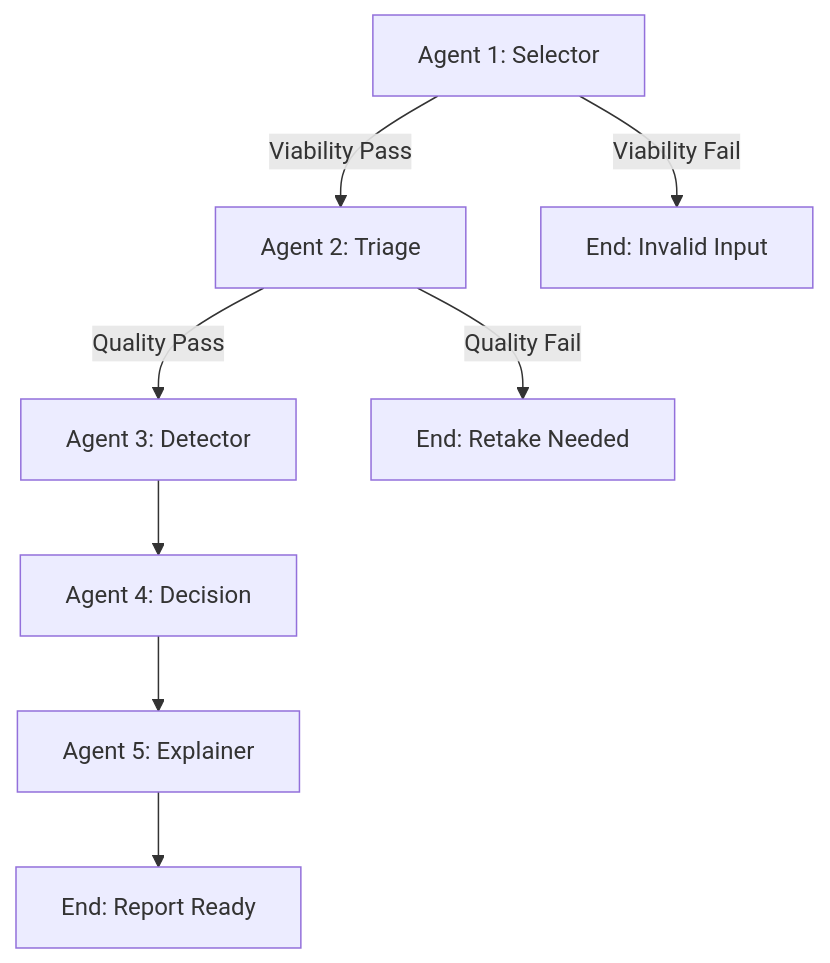
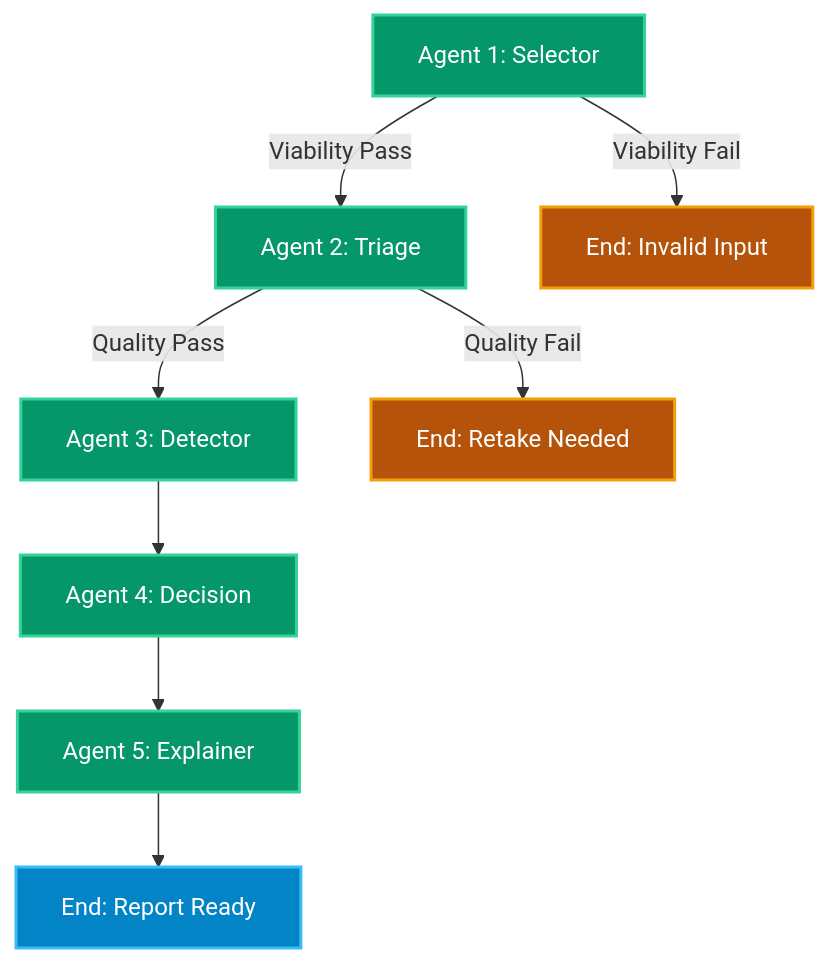
Before and after one commit to IdeaForg-e/VeriVision-AI: the fourth of 7 diagrams in AGENTS.md, drawn with Mermaid. The commit also changed other lines of this file and 1 other file, not shown here.

Commit message:
style(docs): colorize all Mermaid architecture and workflow diagrams across README.md and AGENTS.md with vibrant classDef palettes

````diff
--- a/AGENTS.md
+++ b/AGENTS.md
@@ -179,10 +193,18 @@
 ```mermaid
 graph TD
+    classDef agent fill:#059669,stroke:#34d399,stroke-width:2px,color:#ffffff;
+    classDef endfail fill:#b45309,stroke:#f59e0b,stroke-width:2px,color:#ffffff;
+    classDef endpass fill:#0284c7,stroke:#38bdf8,stroke-width:2px,color:#ffffff;
+
     A[Agent 1: Selector] -->|Viability Pass| B[Agent 2: Triage]
     A -->|Viability Fail| END1[End: Invalid Input]
     B -->|Quality Pass| C[Agent 3: Detector]
     B -->|Quality Fail| END2[End: Retake Needed]
     C --> D[Agent 4: Decision]
     D --> E[Agent 5: Explainer]
     E --> END3[End: Report Ready]
+
+    class A,B,C,D,E agent;
+    class END1,END2 endfail;
+    class END3 endpass;
 ```
````
